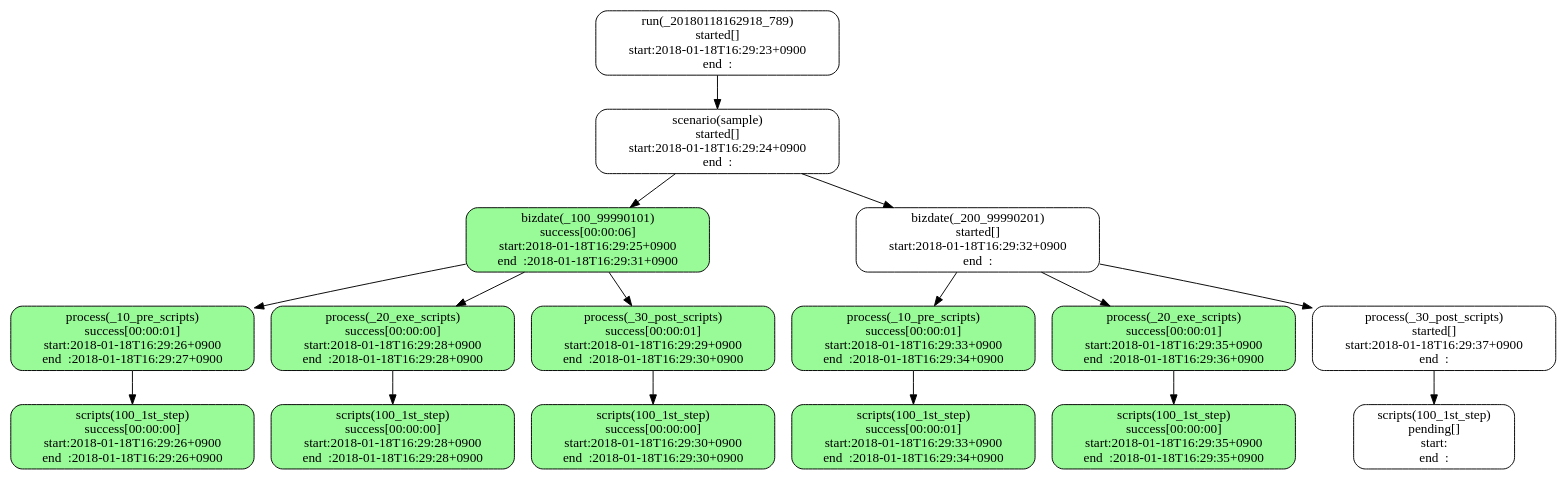
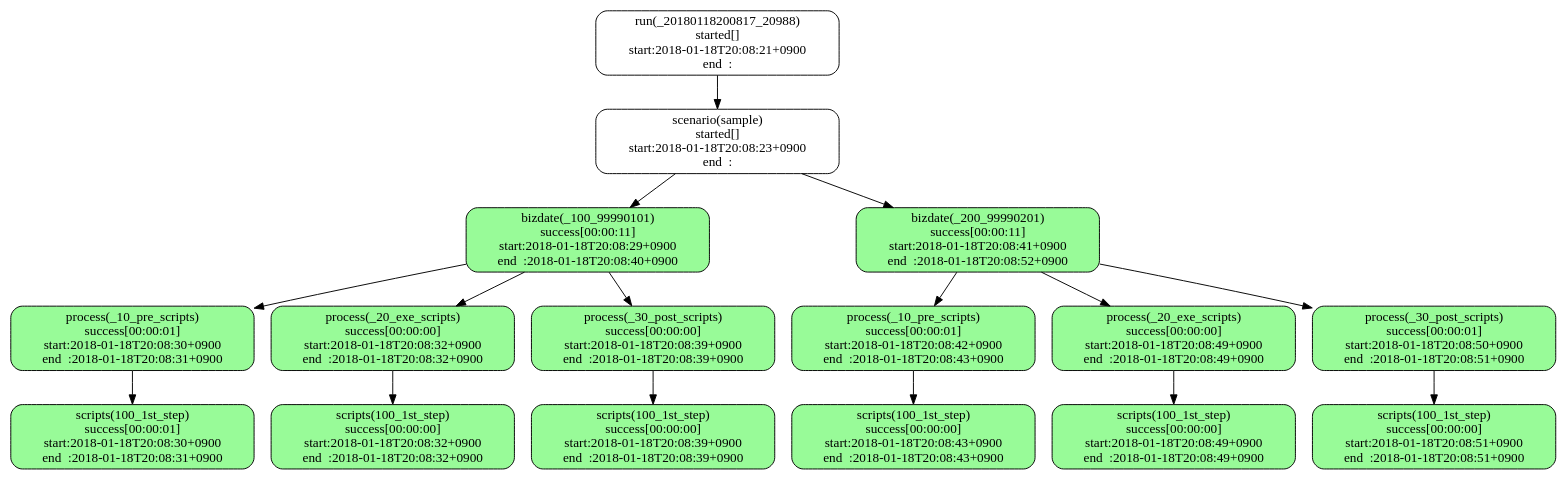
One commit to tkhr-sait/stfw-result-viewer-rails changed the diagram in sample.dot. Above: the diagram before and after it, drawn with Graphviz. The commit also changed 6 other files, not shown here.

```diff
--- a/sample.dot
+++ b/sample.dot
@@ -1,33 +1,33 @@
 digraph G {
-  x20180118162918x789xrun[label="run(_20180118162918_789)\nstarted[]\nstart:2018-01-18T16:29:23+0900\nend  :",shape="box",style="filled,rounded",fillcolor="white"];
-  x20180118162918x789xrunxsample[label="scenario(sample)\nstarted[]\nstart:2018-01-18T16:29:24+0900\nend  :",shape="box",style="filled,rounded",fillcolor="white"];
-  x20180118162918x789xrunxsamplexx100x99990101[label="bizdate(_100_99990101)\nsuccess[00:00:06]\nstart:2018-01-18T16:29:25+0900\nend  :2018-01-18T16:29:31+0900",shape="box",style="filled,rounded",fillcolor="palegreen"];
-  x20180118162918x789xrunxsamplexx100x99990101xx10xprexscripts[label="process(_10_pre_scripts)\nsuccess[00:00:01]\nstart:2018-01-18T16:29:26+0900\nend  :2018-01-18T16:29:27+0900",shape="box",style="filled,rounded",fillcolor="palegreen"];
-  x20180118162918x789xrunxsamplexx100x99990101xx10xprexscriptsx100x1stxstep[label="scripts(100_1st_step)\nsuccess[00:00:00]\nstart:2018-01-18T16:29:26+0900\nend  :2018-01-18T16:29:26+0900",shape="box",style="filled,rounded",fillcolor="palegreen"];
-  x20180118162918x789xrunxsamplexx100x99990101xx20xexexscripts[label="process(_20_exe_scripts)\nsuccess[00:00:00]\nstart:2018-01-18T16:29:28+0900\nend  :2018-01-18T16:29:28+0900",shape="box",style="filled,rounded",fillcolor="palegreen"];
-  x20180118162918x789xrunxsamplexx100x99990101xx20xexexscriptsx100x1stxstep[label="scripts(100_1st_step)\nsuccess[00:00:00]\nstart:2018-01-18T16:29:28+0900\nend  :2018-01-18T16:29:28+0900",shape="box",style="filled,rounded",fillcolor="palegreen"];
-  x20180118162918x789xrunxsamplexx100x99990101xx30xpostxscripts[label="process(_30_post_scripts)\nsuccess[00:00:01]\nstart:2018-01-18T16:29:29+0900\nend  :2018-01-18T16:29:30+0900",shape="box",style="filled,rounded",fillcolor="palegreen"];
-  x20180118162918x789xrunxsamplexx100x99990101xx30xpostxscriptsx100x1stxstep[label="scripts(100_1st_step)\nsuccess[00:00:00]\nstart:2018-01-18T16:29:30+0900\nend  :2018-01-18T16:29:30+0900",shape="box",style="filled,rounded",fillcolor="palegreen"];
-  x20180118162918x789xrunxsamplexx200x99990201[label="bizdate(_200_99990201)\nstarted[]\nstart:2018-01-18T16:29:32+0900\nend  :",shape="box",style="filled,rounded",fillcolor="white"];
-  x20180118162918x789xrunxsamplexx200x99990201xx10xprexscripts[label="process(_10_pre_scripts)\nsuccess[00:00:01]\nstart:2018-01-18T16:29:33+0900\nend  :2018-01-18T16:29:34+0900",shape="box",style="filled,rounded",fillcolor="palegreen"];
-  x20180118162918x789xrunxsamplexx200x99990201xx10xprexscriptsx100x1stxstep[label="scripts(100_1st_step)\nsuccess[00:00:01]\nstart:2018-01-18T16:29:33+0900\nend  :2018-01-18T16:29:34+0900",shape="box",style="filled,rounded",fillcolor="palegreen"];
-  x20180118162918x789xrunxsamplexx200x99990201xx20xexexscripts[label="process(_20_exe_scripts)\nsuccess[00:00:01]\nstart:2018-01-18T16:29:35+0900\nend  :2018-01-18T16:29:36+0900",shape="box",style="filled,rounded",fillcolor="palegreen"];
-  x20180118162918x789xrunxsamplexx200x99990201xx20xexexscriptsx100x1stxstep[label="scripts(100_1st_step)\nsuccess[00:00:00]\nstart:2018-01-18T16:29:35+0900\nend  :2018-01-18T16:29:35+0900",shape="box",style="filled,rounded",fillcolor="palegreen"];
-  x20180118162918x789xrunxsamplexx200x99990201xx30xpostxscripts[label="process(_30_post_scripts)\nstarted[]\nstart:2018-01-18T16:29:37+0900\nend  :",shape="box",style="filled,rounded",fillcolor="white"];
-  x20180118162918x789xrunxsamplexx200x99990201xx30xpostxscriptsx100x1stxstep[label="scripts(100_1st_step)\npending[]\nstart:\nend  :",shape="box",style="filled,rounded",fillcolor="white"];
-  x20180118162918x789xrun -> x20180118162918x789xrunxsample;
-  x20180118162918x789xrunxsample -> x20180118162918x789xrunxsamplexx100x99990101;
-  x20180118162918x789xrunxsamplexx100x99990101 -> x20180118162918x789xrunxsamplexx100x99990101xx10xprexscripts;
-  x20180118162918x789xrunxsamplexx100x99990101xx10xprexscripts -> x20180118162918x789xrunxsamplexx100x99990101xx10xprexscriptsx100x1stxstep;
-  x20180118162918x789xrunxsamplexx100x99990101 -> x20180118162918x789xrunxsamplexx100x99990101xx20xexexscripts;
-  x20180118162918x789xrunxsamplexx100x99990101xx20xexexscripts -> x20180118162918x789xrunxsamplexx100x99990101xx20xexexscriptsx100x1stxstep;
-  x20180118162918x789xrunxsamplexx100x99990101 -> x20180118162918x789xrunxsamplexx100x99990101xx30xpostxscripts;
-  x20180118162918x789xrunxsamplexx100x99990101xx30xpostxscripts -> x20180118162918x789xrunxsamplexx100x99990101xx30xpostxscriptsx100x1stxstep;
-  x20180118162918x789xrunxsample -> x20180118162918x789xrunxsamplexx200x99990201;
-  x20180118162918x789xrunxsamplexx200x99990201 -> x20180118162918x789xrunxsamplexx200x99990201xx10xprexscripts;
-  x20180118162918x789xrunxsamplexx200x99990201xx10xprexscripts -> x20180118162918x789xrunxsamplexx200x99990201xx10xprexscriptsx100x1stxstep;
-  x20180118162918x789xrunxsamplexx200x99990201 -> x20180118162918x789xrunxsamplexx200x99990201xx20xexexscripts;
-  x20180118162918x789xrunxsamplexx200x99990201xx20xexexscripts -> x20180118162918x789xrunxsamplexx200x99990201xx20xexexscriptsx100x1stxstep;
-  x20180118162918x789xrunxsamplexx200x99990201 -> x20180118162918x789xrunxsamplexx200x99990201xx30xpostxscripts;
-  x20180118162918x789xrunxsamplexx200x99990201xx30xpostxscripts -> x20180118162918x789xrunxsamplexx200x99990201xx30xpostxscriptsx100x1stxstep;
+  x20180118200817x20988xrun[label="run(_20180118200817_20988)\nstarted[]\nstart:2018-01-18T20:08:21+0900\nend  :",shape="box",style="filled,rounded",fillcolor="white"];
+  x20180118200817x20988xrunxsample[label="scenario(sample)\nstarted[]\nstart:2018-01-18T20:08:23+0900\nend  :",shape="box",style="filled,rounded",fillcolor="white"];
+  x20180118200817x20988xrunxsamplexx100x99990101[label="bizdate(_100_99990101)\nsuccess[00:00:11]\nstart:2018-01-18T20:08:29+0900\nend  :2018-01-18T20:08:40+0900",shape="box",style="filled,rounded",fillcolor="palegreen"];
+  x20180118200817x20988xrunxsamplexx100x99990101xx10xprexscripts[label="process(_10_pre_scripts)\nsuccess[00:00:01]\nstart:2018-01-18T20:08:30+0900\nend  :2018-01-18T20:08:31+0900",shape="box",style="filled,rounded",fillcolor="palegreen"];
+  x20180118200817x20988xrunxsamplexx100x99990101xx10xprexscriptsx100x1stxstep[label="scripts(100_1st_step)\nsuccess[00:00:01]\nstart:2018-01-18T20:08:30+0900\nend  :2018-01-18T20:08:31+0900",shape="box",style="filled,rounded",fillcolor="palegreen"];
+  x20180118200817x20988xrunxsamplexx100x99990101xx20xexexscripts[label="process(_20_exe_scripts)\nsuccess[00:00:00]\nstart:2018-01-18T20:08:32+0900\nend  :2018-01-18T20:08:32+0900",shape="box",style="filled,rounded",fillcolor="palegreen"];
+  x20180118200817x20988xrunxsamplexx100x99990101xx20xexexscriptsx100x1stxstep[label="scripts(100_1st_step)\nsuccess[00:00:00]\nstart:2018-01-18T20:08:32+0900\nend  :2018-01-18T20:08:32+0900",shape="box",style="filled,rounded",fillcolor="palegreen"];
+  x20180118200817x20988xrunxsamplexx100x99990101xx30xpostxscripts[label="process(_30_post_scripts)\nsuccess[00:00:00]\nstart:2018-01-18T20:08:39+0900\nend  :2018-01-18T20:08:39+0900",shape="box",style="filled,rounded",fillcolor="palegreen"];
+  x20180118200817x20988xrunxsamplexx100x99990101xx30xpostxscriptsx100x1stxstep[label="scripts(100_1st_step)\nsuccess[00:00:00]\nstart:2018-01-18T20:08:39+0900\nend  :2018-01-18T20:08:39+0900",shape="box",style="filled,rounded",fillcolor="palegreen"];
+  x20180118200817x20988xrunxsamplexx200x99990201[label="bizdate(_200_99990201)\nsuccess[00:00:11]\nstart:2018-01-18T20:08:41+0900\nend  :2018-01-18T20:08:52+0900",shape="box",style="filled,rounded",fillcolor="palegreen"];
+  x20180118200817x20988xrunxsamplexx200x99990201xx10xprexscripts[label="process(_10_pre_scripts)\nsuccess[00:00:01]\nstart:2018-01-18T20:08:42+0900\nend  :2018-01-18T20:08:43+0900",shape="box",style="filled,rounded",fillcolor="palegreen"];
+  x20180118200817x20988xrunxsamplexx200x99990201xx10xprexscriptsx100x1stxstep[label="scripts(100_1st_step)\nsuccess[00:00:00]\nstart:2018-01-18T20:08:43+0900\nend  :2018-01-18T20:08:43+0900",shape="box",style="filled,rounded",fillcolor="palegreen"];
+  x20180118200817x20988xrunxsamplexx200x99990201xx20xexexscripts[label="process(_20_exe_scripts)\nsuccess[00:00:00]\nstart:2018-01-18T20:08:49+0900\nend  :2018-01-18T20:08:49+0900",shape="box",style="filled,rounded",fillcolor="palegreen"];
+  x20180118200817x20988xrunxsamplexx200x99990201xx20xexexscriptsx100x1stxstep[label="scripts(100_1st_step)\nsuccess[00:00:00]\nstart:2018-01-18T20:08:49+0900\nend  :2018-01-18T20:08:49+0900",shape="box",style="filled,rounded",fillcolor="palegreen"];
+  x20180118200817x20988xrunxsamplexx200x99990201xx30xpostxscripts[label="process(_30_post_scripts)\nsuccess[00:00:01]\nstart:2018-01-18T20:08:50+0900\nend  :2018-01-18T20:08:51+0900",shape="box",style="filled,rounded",fillcolor="palegreen"];
+  x20180118200817x20988xrunxsamplexx200x99990201xx30xpostxscriptsx100x1stxstep[label="scripts(100_1st_step)\nsuccess[00:00:00]\nstart:2018-01-18T20:08:51+0900\nend  :2018-01-18T20:08:51+0900",shape="box",style="filled,rounded",fillcolor="palegreen"];
+  x20180118200817x20988xrun -> x20180118200817x20988xrunxsample;
+  x20180118200817x20988xrunxsample -> x20180118200817x20988xrunxsamplexx100x99990101;
+  x20180118200817x20988xrunxsamplexx100x99990101 -> x20180118200817x20988xrunxsamplexx100x99990101xx10xprexscripts;
+  x20180118200817x20988xrunxsamplexx100x99990101xx10xprexscripts -> x20180118200817x20988xrunxsamplexx100x99990101xx10xprexscriptsx100x1stxstep;
+  x20180118200817x20988xrunxsamplexx100x99990101 -> x20180118200817x20988xrunxsamplexx100x99990101xx20xexexscripts;
+  x20180118200817x20988xrunxsamplexx100x99990101xx20xexexscripts -> x20180118200817x20988xrunxsamplexx100x99990101xx20xexexscriptsx100x1stxstep;
+  x20180118200817x20988xrunxsamplexx100x99990101 -> x20180118200817x20988xrunxsamplexx100x99990101xx30xpostxscripts;
+  x20180118200817x20988xrunxsamplexx100x99990101xx30xpostxscripts -> x20180118200817x20988xrunxsamplexx100x99990101xx30xpostxscriptsx100x1stxstep;
+  x20180118200817x20988xrunxsample -> x20180118200817x20988xrunxsamplexx200x99990201;
+  x20180118200817x20988xrunxsamplexx200x99990201 -> x20180118200817x20988xrunxsamplexx200x99990201xx10xprexscripts;
+  x20180118200817x20988xrunxsamplexx200x99990201xx10xprexscripts -> x20180118200817x20988xrunxsamplexx200x99990201xx10xprexscriptsx100x1stxstep;
+  x20180118200817x20988xrunxsamplexx200x99990201 -> x20180118200817x20988xrunxsamplexx200x99990201xx20xexexscripts;
+  x20180118200817x20988xrunxsamplexx200x99990201xx20xexexscripts -> x20180118200817x20988xrunxsamplexx200x99990201xx20xexexscriptsx100x1stxstep;
+  x20180118200817x20988xrunxsamplexx200x99990201 -> x20180118200817x20988xrunxsamplexx200x99990201xx30xpostxscripts;
+  x20180118200817x20988xrunxsamplexx200x99990201xx30xpostxscripts -> x20180118200817x20988xrunxsamplexx200x99990201xx30xpostxscriptsx100x1stxstep;
 }
```
